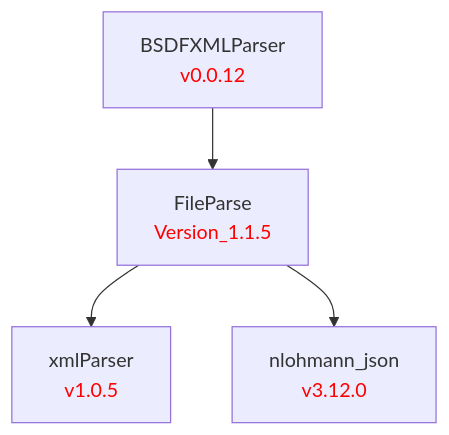
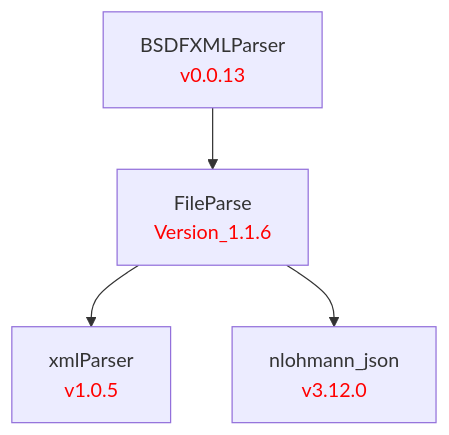
The diagram in doc/BSDFXMLParser.md (LBNL-ETA/BSDFXMLParser), drawn with Mermaid before and after one commit. The commit also changed 1 other file, not shown here.

Commit message:
Bump to Version_0.0.13; FileParse Version_1.1.6; refresh dep chart

````diff
--- a/doc/BSDFXMLParser.md
+++ b/doc/BSDFXMLParser.md
@@ -1,13 +1,13 @@
 ```mermaid
 graph TD
     %% Package definitions
     xmlParser[xmlParser<br/><font color='red'>v1.0.5</font>]
     nlohmann_json[nlohmann_json<br/><font color='red'>v3.12.0</font>]
-    FileParse[FileParse<br/><font color='red'>Version_1.1.5</font>]
-    BSDFXMLParser[BSDFXMLParser<br/><font color='red'>v0.0.12</font>]
+    FileParse[FileParse<br/><font color='red'>Version_1.1.6</font>]
+    BSDFXMLParser[BSDFXMLParser<br/><font color='red'>v0.0.13</font>]
 
     %% Package relations
     BSDFXMLParser --> FileParse
     FileParse --> xmlParser
     FileParse --> nlohmann_json
 ```
````
